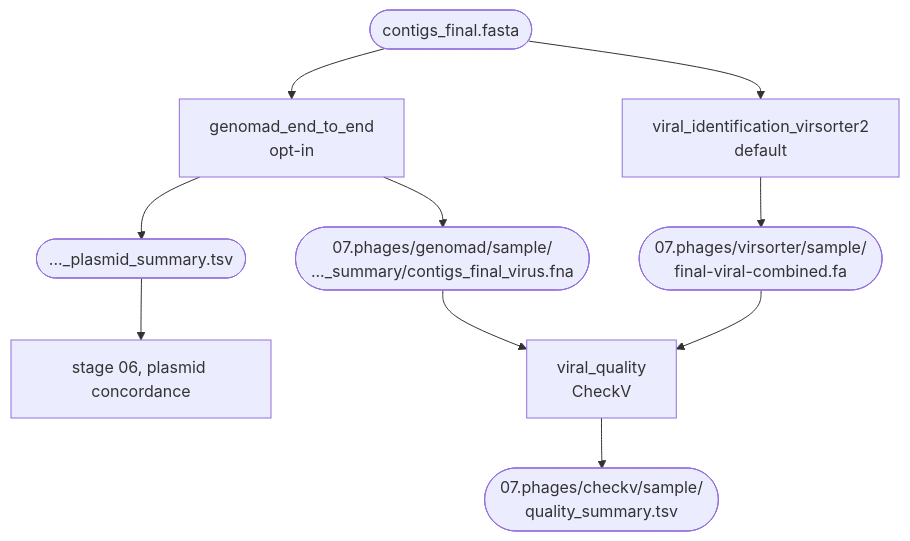
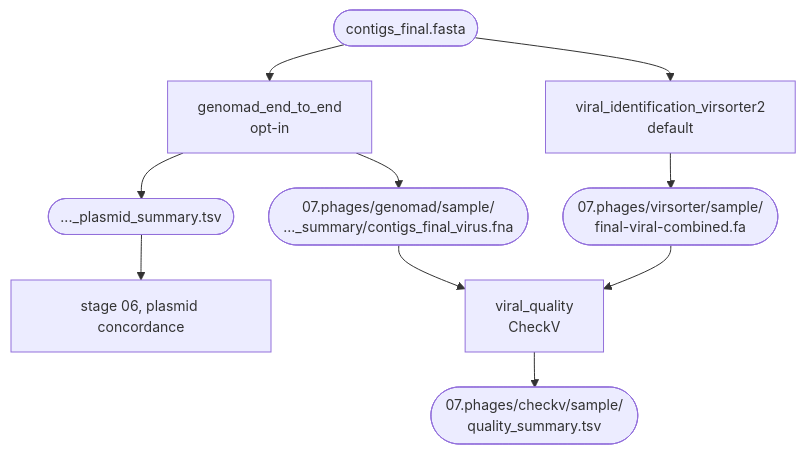
One commit to iLivius/BacFlux changed the diagram in docs/analysis/phages.md. Above: the diagram before and after it, drawn with Mermaid. The commit also changed other lines of this file and 43 other files, not shown here.

````diff
--- a/docs/analysis/phages.md
+++ b/docs/analysis/phages.md
@@ -17,25 +17,33 @@
 ```mermaid
+---
+config:
+  themeVariables:
+    fontSize: 14px
+  flowchart:
+    nodeSpacing: 35
+    rankSpacing: 35
+---
 flowchart TD
     F([contigs_final.fasta])
 
     G[genomad_end_to_end<br/>opt-in]
     V[viral_identification_virsorter2<br/>default]
 
     F --> G
     F --> V
 
     GV([07.phages/genomad/sample/<br/>..._summary/contigs_final_virus.fna])
     GP([..._plasmid_summary.tsv])
     VV([07.phages/virsorter/sample/<br/>final-viral-combined.fa])
 
     G --> GV
     G --> GP
     V --> VV
 
     GP --> S06[stage 06, plasmid concordance]
 
     Q[viral_quality<br/>CheckV]
     GV --> Q
     VV --> Q
     Q --> QS([07.phages/checkv/sample/<br/>quality_summary.tsv])
 ```
````
